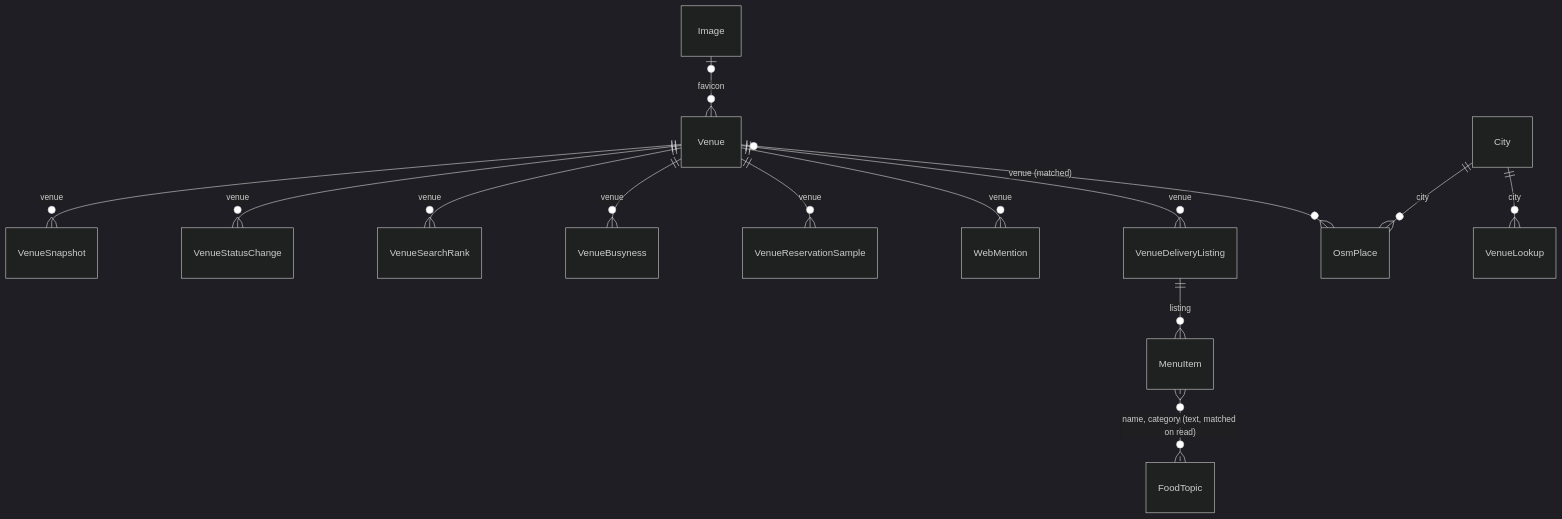
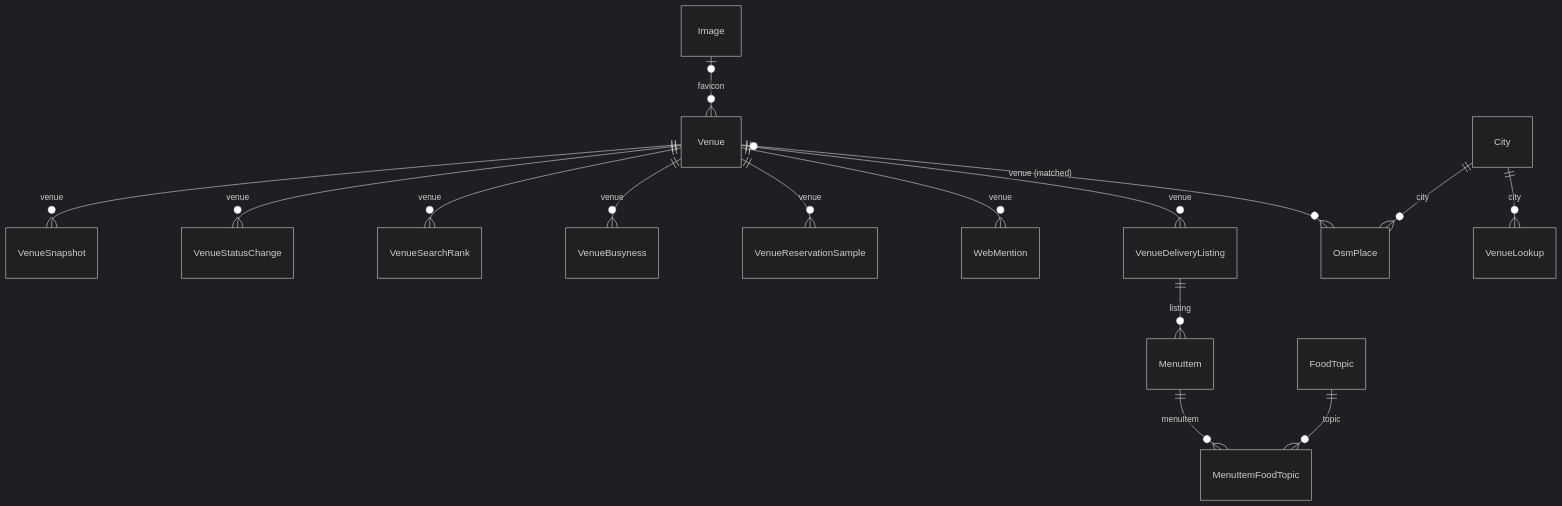
The second of 4 diagrams in ENTITIES.md (batuhandirek/culinary-report-monorepo), drawn with Mermaid (dark theme) before and after one commit. The commit also changed other lines of this file and 610 other files, not shown here.

````diff
--- a/ENTITIES.md
+++ b/ENTITIES.md
@@ -87,17 +123,18 @@
 ```mermaid
 erDiagram
     Venue ||--o{ VenueSnapshot : "venue"
     Venue ||--o{ VenueStatusChange : "venue"
     Venue ||--o{ VenueSearchRank : "venue"
     Venue ||--o{ VenueBusyness : "venue"
     Venue ||--o{ VenueReservationSample : "venue"
     Venue ||--o{ WebMention : "venue"
     Venue ||--o{ VenueDeliveryListing : "venue"
     VenueDeliveryListing ||--o{ MenuItem : "listing"
     Venue |o--o{ OsmPlace : "venue (matched)"
     City ||--o{ OsmPlace : "city"
     City ||--o{ VenueLookup : "city"
     Image |o--o{ Venue : "favicon"
 
-    MenuItem }o..o{ FoodTopic : "name, category (text, matched on read)"
+    MenuItem ||--o{ MenuItemFoodTopic : "menuItem"
+    FoodTopic ||--o{ MenuItemFoodTopic : "topic"
 ```
````
